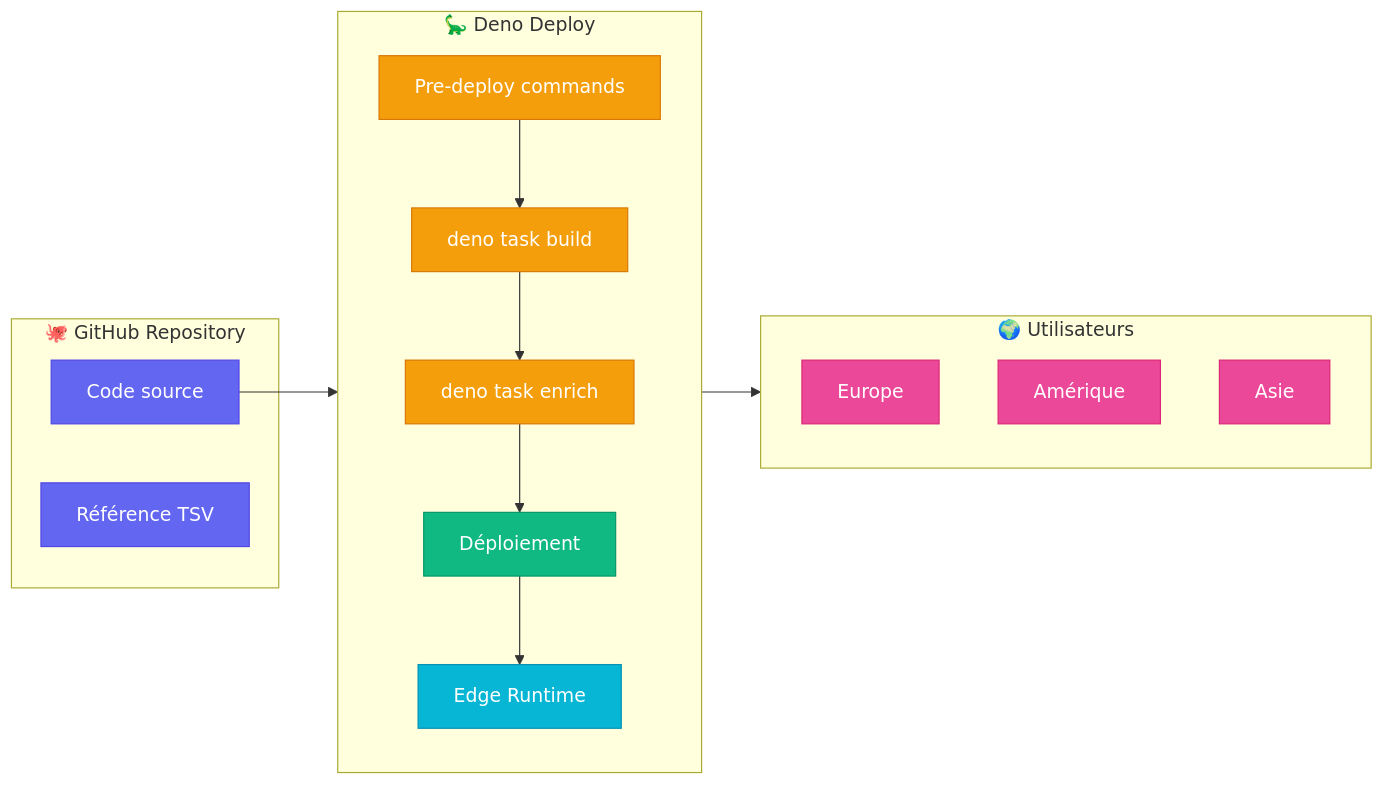
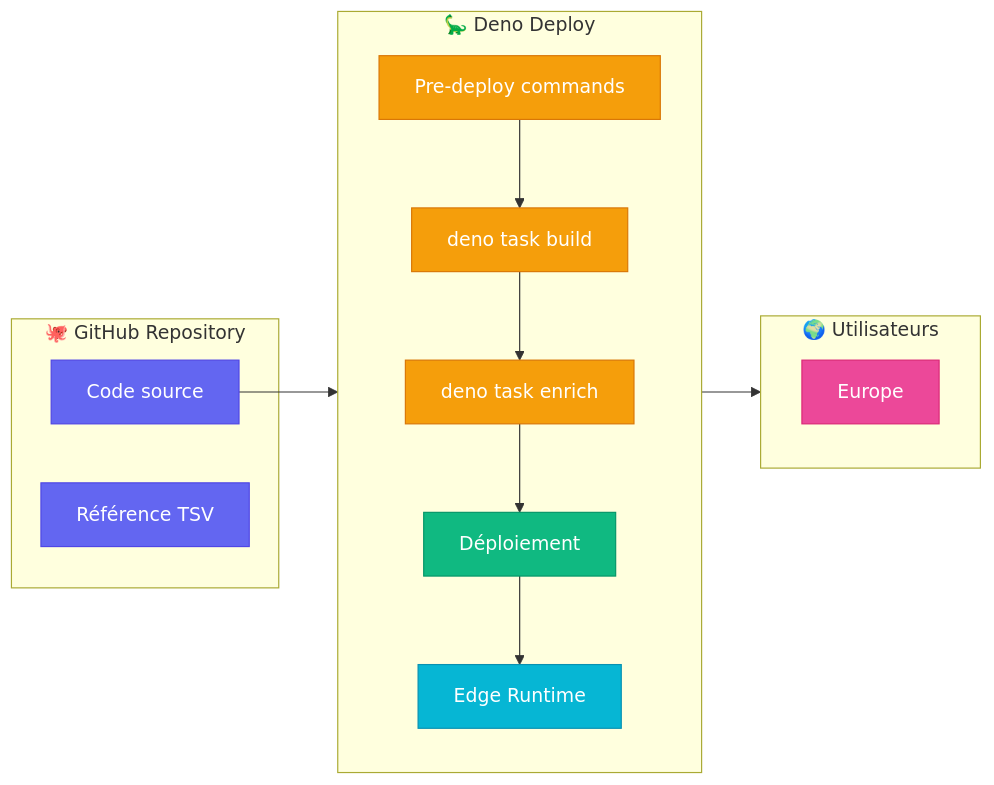
One commit to cedric-famibelle-pronzola/medias-francais-api changed diagram 12 of 14 in docs/diagrams.md. Above: the diagram before and after it, drawn with Mermaid. The commit also changed other lines of this file, not shown here.

Commit message:
docs: improve & fix diagrams

````diff
--- a/docs/diagrams.md
+++ b/docs/diagrams.md
@@ -524,40 +536,36 @@
 ```mermaid
 flowchart LR
     subgraph GitHub["🐙 GitHub Repository"]
         CODE[Code source]
         TSV[Référence TSV]
     end
 
     subgraph DenoD["🦕 Deno Deploy"]
         direction TB
         PRE[Pre-deploy commands]
         BUILD[deno task build]
         ENRICH[deno task enrich]
         DEPLOY[Déploiement]
         EDGE[Edge Runtime]
     end
 
     subgraph Users["🌍 Utilisateurs"]
         EU[Europe]
-        US[Amérique]
-        AS[Asie]
     end
 
     CODE --> PRE
     PRE --> BUILD
     BUILD --> ENRICH
     ENRICH --> DEPLOY
     DEPLOY --> EDGE
     EDGE --> Users
 
     style CODE fill:#6366f1,stroke:#4f46e5,color:#fff
     style TSV fill:#6366f1,stroke:#4f46e5,color:#fff
     style PRE fill:#f59e0b,stroke:#d97706,color:#fff
     style BUILD fill:#f59e0b,stroke:#d97706,color:#fff
     style ENRICH fill:#f59e0b,stroke:#d97706,color:#fff
     style DEPLOY fill:#10b981,stroke:#059669,color:#fff
     style EDGE fill:#06b6d4,stroke:#0891b2,color:#fff
     style EU fill:#ec4899,stroke:#db2777,color:#fff
-    style US fill:#ec4899,stroke:#db2777,color:#fff
-    style AS fill:#ec4899,stroke:#db2777,color:#fff
 ```
````
